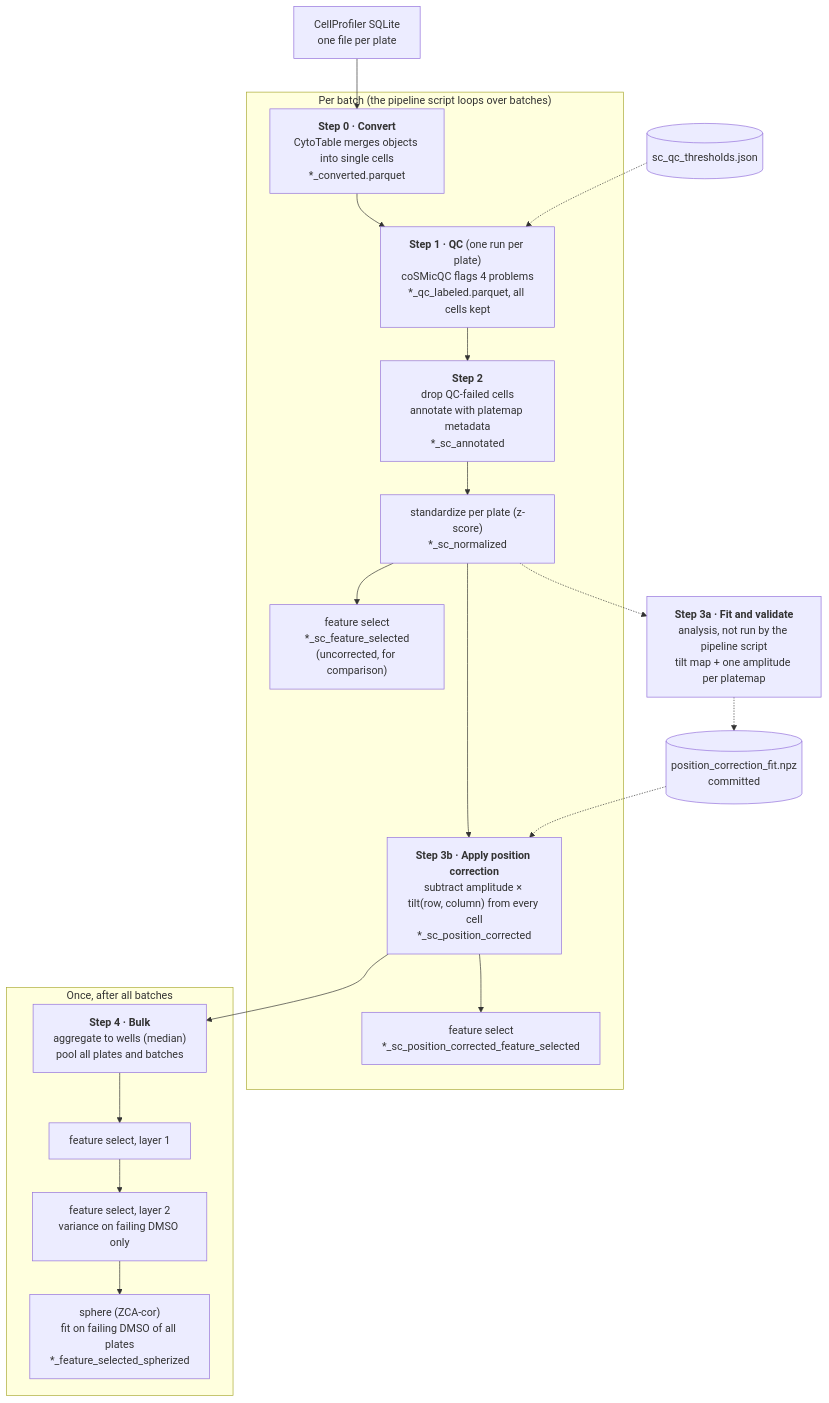
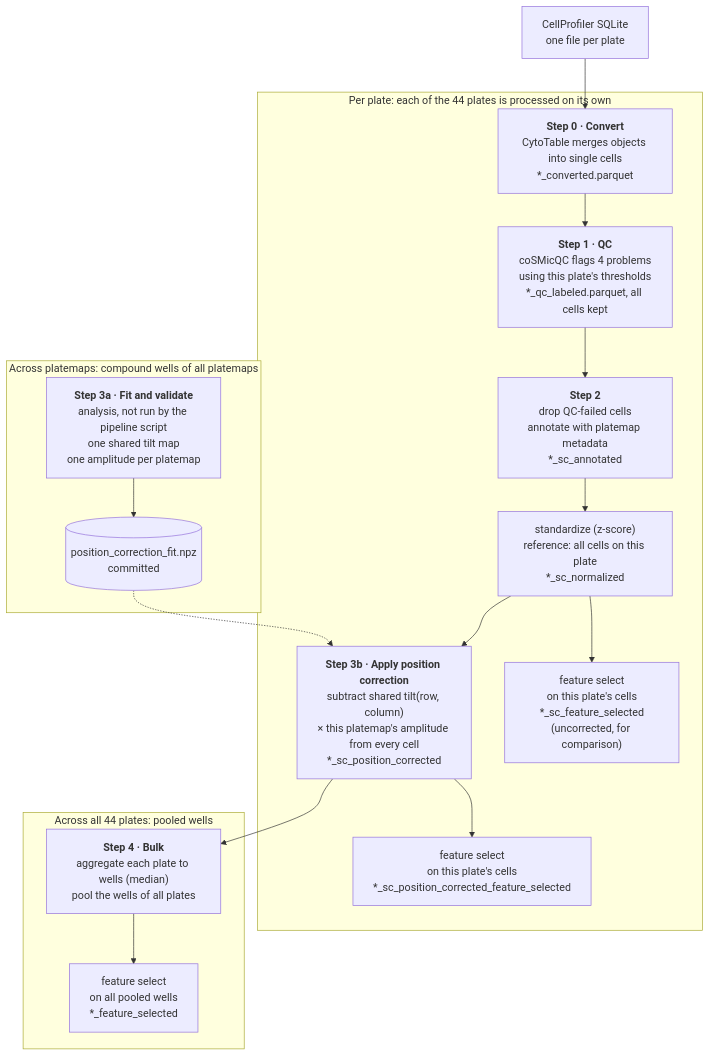
Before and after one commit to WayScience/targeted_fibrosis_drug_screen: the first of 3 diagrams in 3.image_based_profiling/README.md, drawn with Mermaid. The commit also changed other lines of this file and 4 other files, not shown here.

````diff
--- a/3.image_based_profiling/README.md
+++ b/3.image_based_profiling/README.md
@@ -7,23 +7,20 @@
 ```mermaid
 flowchart TD
+    subgraph fitgrp["Across platemaps: compound wells of all platemaps"]
+        S3a["<b>Step 3a · Fit and validate</b><br/>analysis, not run by the pipeline script<br/>one shared tilt map<br/>one amplitude per platemap"] --> FIT[("position_correction_fit.npz<br/>committed")]
+    end
     A["CellProfiler SQLite<br/>one file per plate"] --> S0
-    subgraph batch["Per batch (the pipeline script loops over batches)"]
+    subgraph plate["Per plate: each of the 44 plates is processed on its own"]
         S0["<b>Step 0 · Convert</b><br/>CytoTable merges objects into single cells<br/>*_converted.parquet"] --> S1
-        S1["<b>Step 1 · QC</b> (one run per plate)<br/>coSMicQC flags 4 problems<br/>*_qc_labeled.parquet, all cells kept"]
-        S1 --> S2a["<b>Step 2</b><br/>drop QC-failed cells<br/>annotate with platemap metadata<br/>*_sc_annotated"]
-        S2a --> S2n["standardize per plate (z-score)<br/>*_sc_normalized"]
-        S2n --> S2f["feature select<br/>*_sc_feature_selected<br/>(uncorrected, for comparison)"]
-        S2n --> S3b["<b>Step 3b · Apply position correction</b><br/>subtract amplitude × tilt(row, column) from every cell<br/>*_sc_position_corrected"]
-        S3b --> S3f["feature select<br/>*_sc_position_corrected_feature_selected"]
+        S1["<b>Step 1 · QC</b><br/>coSMicQC flags 4 problems<br/>using this plate's thresholds<br/>*_qc_labeled.parquet, all cells kept"] --> S2a
+        S2a["<b>Step 2</b><br/>drop QC-failed cells<br/>annotate with platemap metadata<br/>*_sc_annotated"] --> S2n
+        S2n["standardize (z-score)<br/>reference: all cells on this plate<br/>*_sc_normalized"] --> S3b
+        S2n --> S2f["feature select<br/>on this plate's cells<br/>*_sc_feature_selected<br/>(uncorrected, for comparison)"]
+        S3b["<b>Step 3b · Apply position correction</b><br/>subtract shared tilt(row, column)<br/>× this platemap's amplitude from every cell<br/>*_sc_position_corrected"] --> S3f["feature select<br/>on this plate's cells<br/>*_sc_position_corrected_feature_selected"]
     end
-    TH[("sc_qc_thresholds.json")] -.-> S1
-    FIT[("position_correction_fit.npz<br/>committed")] -.-> S3b
-    S2n -.-> S3a["<b>Step 3a · Fit and validate</b><br/>analysis, not run by the pipeline script<br/>tilt map + one amplitude per platemap"]
-    S3a -.-> FIT
-    subgraph once["Once, after all batches"]
-        S4a["<b>Step 4 · Bulk</b><br/>aggregate to wells (median)<br/>pool all plates and batches"] --> S4b["feature select, layer 1"]
-        S4b --> S4c["feature select, layer 2<br/>variance on failing DMSO only"]
-        S4c --> S4d["sphere (ZCA-cor)<br/>fit on failing DMSO of all plates<br/>*_feature_selected_spherized"]
+    FIT -.-> S3b
+    subgraph pooled["Across all 44 plates: pooled wells"]
+        S4a["<b>Step 4 · Bulk</b><br/>aggregate each plate to wells (median)<br/>pool the wells of all plates"] --> S4b["feature select<br/>on all pooled wells<br/>*_feature_selected"]
     end
     S3b --> S4a
 ```
````
